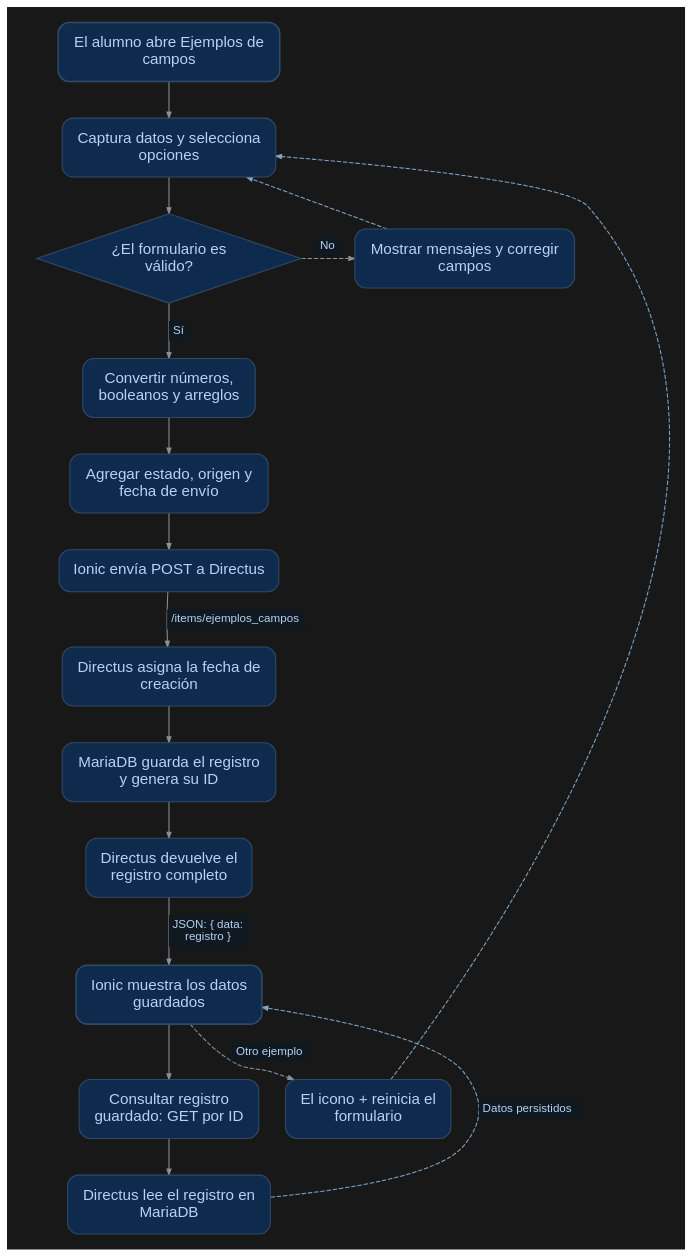
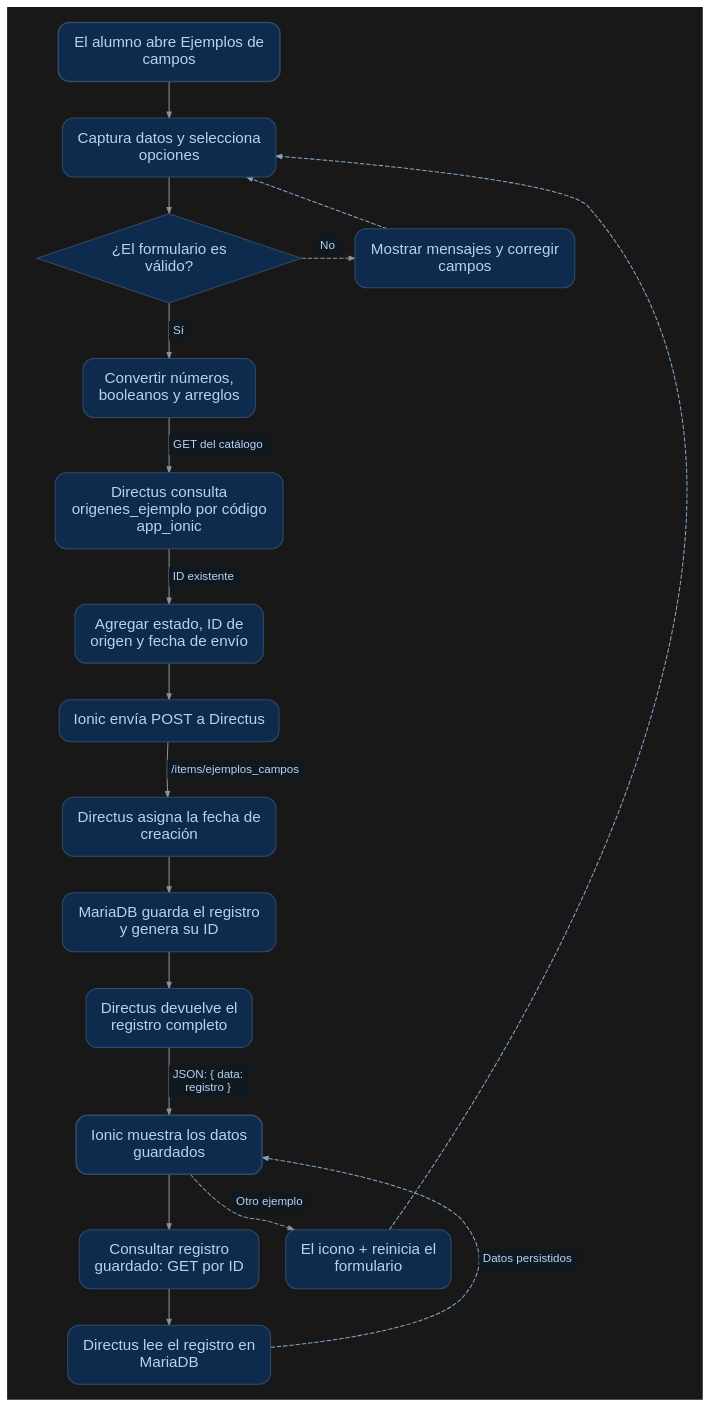
The diagram in docs/manuales/recursos/flujos/17-campos.dot (JonathanDeLaCruz/docker_moviles), drawn with Graphviz before and after one commit. The commit also changed 20 other files, not shown here.

Commit message:
docs: ajusta manual 17 con ENUM y catalogo de origen

```diff
--- a/docs/manuales/recursos/flujos/17-campos.dot
+++ b/docs/manuales/recursos/flujos/17-campos.dot
@@ -1,37 +1,39 @@
 digraph Flujo {
   graph [rankdir=TB, bgcolor="#181818", pad="0.24", nodesep="0.42", ranksep="0.55", splines=spline, outputorder=edgesfirst];
   node [shape=box, style="rounded,filled", fillcolor="#0e2a4d", color="#304b67", fontcolor="#b5d3f6", fontname="Arial", fontsize=17, penwidth=1.15, margin="0.22,0.20"];
   edge [color="#89929c", fontcolor="#b5d3f6", fontname="Arial", fontsize=13, arrowsize=0.65, penwidth=1.15];
   abrir [label="El alumno abre Ejemplos de\ncampos", group=main, penwidth=1.7];
   capturar [label="Captura datos y selecciona\nopciones", group=main];
   validar [label="¿El formulario es\nválido?", group=main, shape=diamond, style=filled, margin="0.12,0.08"];
   corregir [label="Mostrar mensajes y corregir\ncampos"];
   mapear [label="Convertir números,\nbooleanos y arreglos", group=main];
-  agregar [label="Agregar estado, origen y\nfecha de envío", group=main];
+  agregar [label="Agregar estado, ID de\norigen y fecha de envío", group=main];
   solicitar [label="Ionic envía POST a Directus", group=main];
   fechar [label="Directus asigna la fecha de\ncreación", group=main];
   base [label="MariaDB guarda el registro\ny genera su ID", group=main];
   respuesta [label="Directus devuelve el\nregistro completo", group=main];
   mostrar [label="Ionic muestra los datos\nguardados", group=main, penwidth=1.7];
   consultar [label="Consultar registro\nguardado: GET por ID", group=main];
   leer [label="Directus lee el registro en\nMariaDB", group=main];
   nuevo [label="El icono + reinicia el\nformulario"];
+  catalogo [label="Directus consulta\norigenes_ejemplo por código\napp_ionic", group=main];
   subgraph cluster_row0 { style=invis; margin=8; {rank=same; validar; corregir;} }
   subgraph cluster_row1 { style=invis; margin=8; {rank=same; consultar; nuevo;} }
   abrir -> capturar [weight=12];
   capturar -> validar [weight=12];
   validar -> mapear [weight=12, label=<<TABLE BORDER="0" CELLBORDER="0" COLOR="#304b67" BGCOLOR="#101820" CELLPADDING="4" CELLSPACING="0" ><TR><TD>Sí</TD></TR></TABLE>>];
   validar -> corregir [label=<<TABLE BORDER="0" CELLBORDER="0" COLOR="#304b67" BGCOLOR="#101820" CELLPADDING="4" CELLSPACING="0" ><TR><TD>No</TD></TR></TABLE>>, style=dashed];
   corregir -> capturar [constraint=false, style=dashed, color="#80a6c9"];
-  mapear -> agregar [weight=12];
   agregar -> solicitar [weight=12];
   solicitar -> fechar [weight=12, label=<<TABLE BORDER="0" CELLBORDER="0" COLOR="#304b67" BGCOLOR="#101820" CELLPADDING="4" CELLSPACING="0" ><TR><TD>/items/ejemplos_campos</TD></TR></TABLE>>];
   fechar -> base [weight=12];
   base -> respuesta [weight=12];
   respuesta -> mostrar [weight=12, label=<<TABLE BORDER="0" CELLBORDER="0" COLOR="#304b67" BGCOLOR="#101820" CELLPADDING="4" CELLSPACING="0" ><TR><TD>JSON: { data:<BR/>registro }</TD></TR></TABLE>>];
   mostrar -> consultar [weight=12];
   consultar -> leer [weight=12];
   leer -> mostrar [label=<<TABLE BORDER="0" CELLBORDER="0" COLOR="#304b67" BGCOLOR="#101820" CELLPADDING="4" CELLSPACING="0" ><TR><TD>Datos persistidos</TD></TR></TABLE>>, constraint=false, style=dashed, color="#80a6c9"];
   mostrar -> nuevo [label=<<TABLE BORDER="0" CELLBORDER="0" COLOR="#304b67" BGCOLOR="#101820" CELLPADDING="4" CELLSPACING="0" ><TR><TD>Otro ejemplo</TD></TR></TABLE>>, style=dashed];
   nuevo -> capturar [constraint=false, style=dashed, color="#80a6c9"];
+  mapear -> catalogo [weight=12, label=<<TABLE BORDER="0" CELLBORDER="0" COLOR="#304b67" BGCOLOR="#101820" CELLPADDING="4" CELLSPACING="0" ><TR><TD>GET del catálogo</TD></TR></TABLE>>];
+  catalogo -> agregar [weight=12, label=<<TABLE BORDER="0" CELLBORDER="0" COLOR="#304b67" BGCOLOR="#101820" CELLPADDING="4" CELLSPACING="0" ><TR><TD>ID existente</TD></TR></TABLE>>];
 }
```
